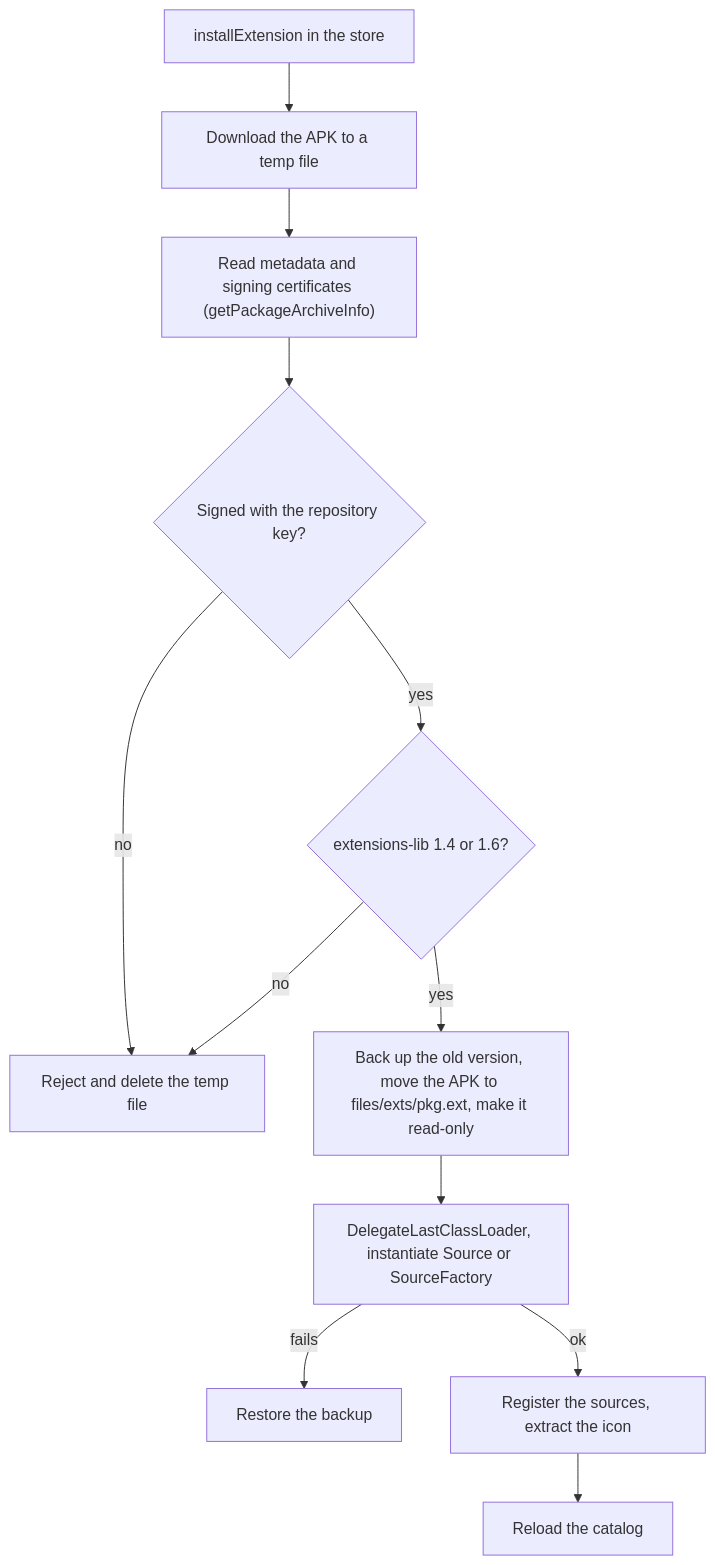
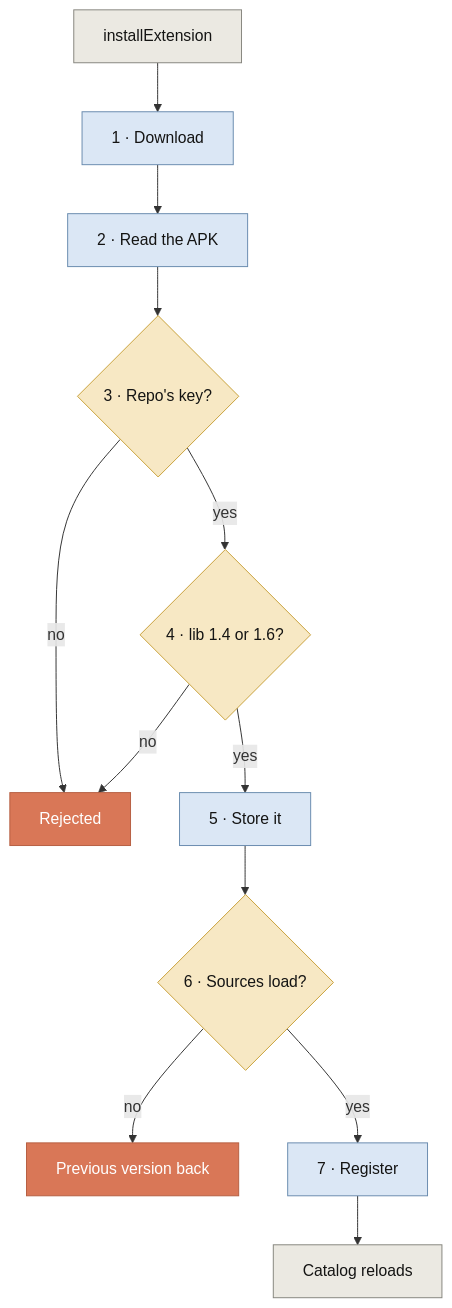
One commit to Carloss616/anipoex changed the fifth of 7 diagrams in docs/extensions.md. Above: the diagram before and after it, drawn with Mermaid. The commit also changed other lines of this file and 1 other file, not shown here.

First line of the commit message:
docs: sync and source picking guide; extension diagrams read at a glance

````diff
--- a/docs/extensions.md
+++ b/docs/extensions.md
@@ -116,14 +163,24 @@
 ```mermaid
 flowchart TD
-    A["installExtension in the store"] --> B["Download the APK to a temp file"]
-    B --> C["Read metadata and signing certificates (getPackageArchiveInfo)"]
-    C --> D{"Signed with the repository key?"}
-    D -- no --> X["Reject and delete the temp file"]
-    D -- yes --> E{"extensions-lib 1.4 or 1.6?"}
-    E -- no --> X
-    E -- yes --> F["Back up the old version, move the APK to files/exts/pkg.ext, make it read-only"]
-    F --> G["DelegateLastClassLoader, instantiate Source or SourceFactory"]
-    G -- fails --> R["Restore the backup"]
-    G -- ok --> H["Register the sources, extract the icon"]
-    H --> I["Reload the catalog"]
+    A["installExtension"] --> B["1 · Download"]
+    B --> C["2 · Read the APK"]
+    C --> D{"3 · Repo's key?"}
+    D -->|no| X["Rejected"]
+    D -->|yes| E{"4 · lib 1.4 or 1.6?"}
+    E -->|no| X
+    E -->|yes| F["5 · Store it"]
+    F --> G{"6 · Sources load?"}
+    G -->|no| R["Previous version back"]
+    G -->|yes| H["7 · Register"]
+    H --> I["Catalog reloads"]
+
+    classDef step fill:#dbe7f5,stroke:#6A8CAF,color:#141413
+    classDef ask fill:#f7e8c4,stroke:#c9a13b,color:#141413
+    classDef good fill:#788C5D,stroke:#5d6f47,color:#ffffff
+    classDef bad fill:#D97757,stroke:#b65f42,color:#ffffff
+    classDef calm fill:#ebe9e2,stroke:#87867F,color:#141413
+    class A,I calm
+    class B,C,F,H step
+    class D,E,G ask
+    class X,R bad
 ```
````
